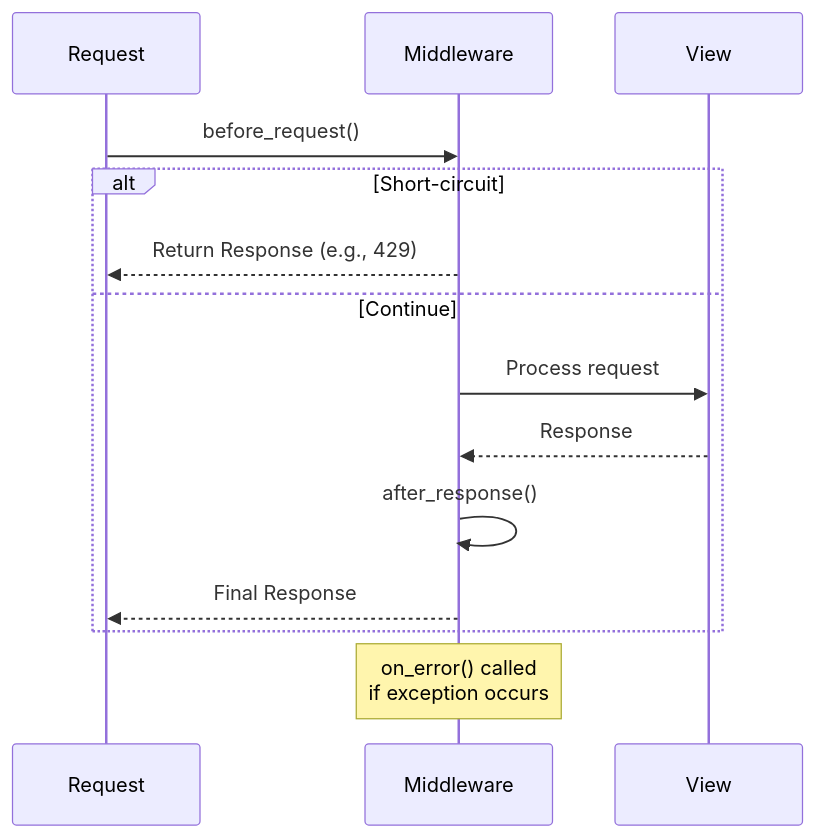
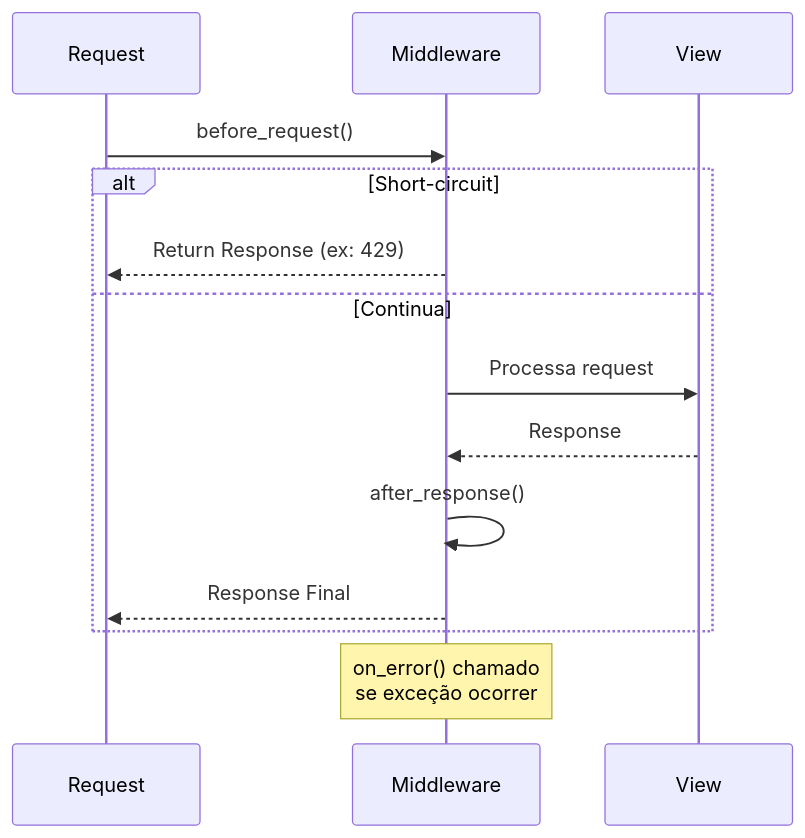
One commit to SorPuti/core-framework changed the second of 2 diagrams in docs/20-middleware.md. Above: the diagram before and after it, drawn with Mermaid. The commit also changed other lines of this file and 22 other files, not shown here.

````diff
--- a/docs/20-middleware.md
+++ b/docs/20-middleware.md
@@ -37,18 +37,18 @@
 ```mermaid
 sequenceDiagram
     participant R as Request
     participant M as Middleware
     participant V as View
     
     R->>M: before_request()
     alt Short-circuit
-        M-->>R: Return Response (e.g., 429)
-    else Continue
-        M->>V: Process request
+        M-->>R: Return Response (ex: 429)
+    else Continua
+        M->>V: Processa request
         V-->>M: Response
         M->>M: after_response()
-        M-->>R: Final Response
+        M-->>R: Response Final
     end
     
-    Note over M: on_error() called<br/>if exception occurs
+    Note over M: on_error() chamado<br/>se exceção ocorrer
 ```
````
